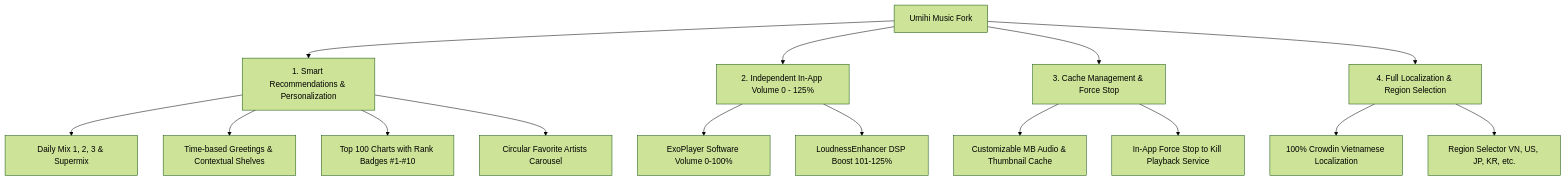
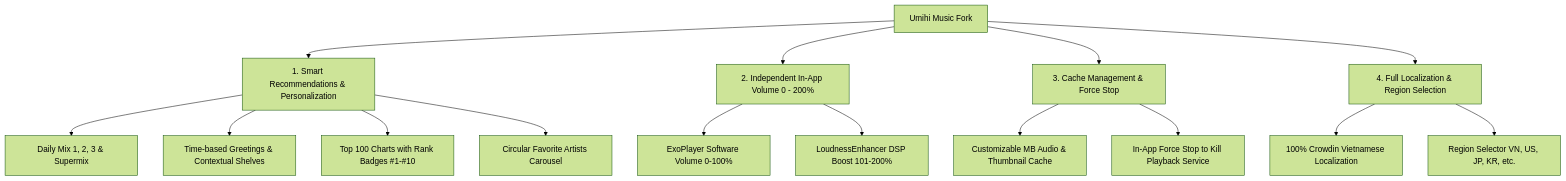
The diagram in FEATURES.md (ngoloc2k4/umihi-music), drawn with Mermaid (forest theme) before and after one commit. The commit also changed other lines of this file and 5 other files, not shown here.

Commit message:
feat(audio): extend volume boost to 200% with hardware LoudnessEnhancer

````diff
--- a/FEATURES.md
+++ b/FEATURES.md
@@ -13,21 +13,21 @@
 ```mermaid
 graph TD
     A[Umihi Music Fork] --> B[1. Smart Recommendations & Personalization]
-    A --> C[2. Independent In-App Volume 0 - 125%]
+    A --> C[2. Independent In-App Volume 0 - 200%]
     A --> D[3. Cache Management & Force Stop]
     A --> E[4. Full Localization & Region Selection]
     
     B --> B1[Daily Mix 1, 2, 3 & Supermix]
     B --> B2[Time-based Greetings & Contextual Shelves]
     B --> B3[Top 100 Charts with Rank Badges #1-#10]
     B --> B4[Circular Favorite Artists Carousel]
     
     C --> C1[ExoPlayer Software Volume 0-100%]
-    C --> C2[LoudnessEnhancer DSP Boost 101-125%]
+    C --> C2[LoudnessEnhancer DSP Boost 101-200%]
     
     D --> D1[Customizable MB Audio & Thumbnail Cache]
     D --> D2[In-App Force Stop to Kill Playback Service]
     
     E --> E1[100% Crowdin Vietnamese Localization]
     E --> E2[Region Selector VN, US, JP, KR, etc.]
 ```
````
